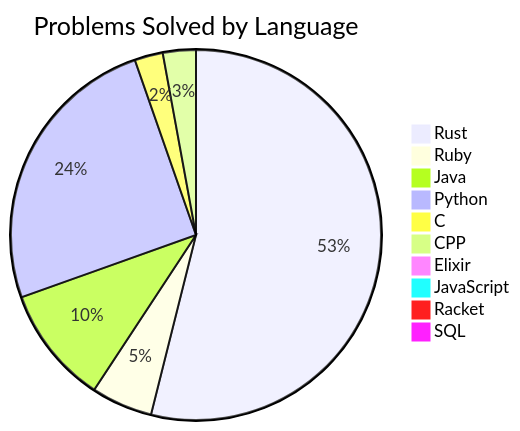
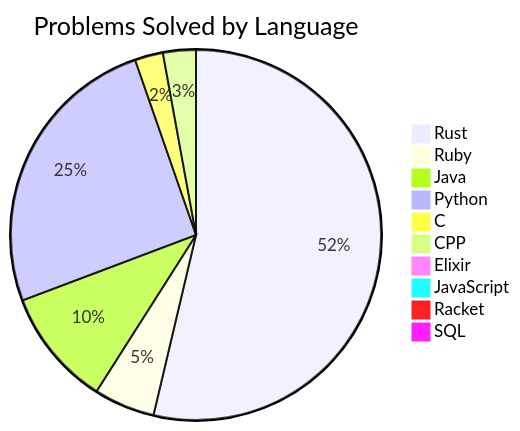
One commit to Liam-Wirth/leetcode-solutions changed the diagram in README.md. Above: the diagram before and after it, drawn with Mermaid. The commit also changed other lines of this file and 3 other files, not shown here.

````diff
--- a/README.md
+++ b/README.md
@@ -29,13 +29,13 @@
 ```mermaid
 pie title Problems Solved by Language
     "Rust": 131
     "Ruby": 13
     "Java": 25
-    "Python": 61
+    "Python": 62
     "C": 6
     "CPP": 7
     "Elixir": 1
     "JavaScript": 2
     "Racket": 1
     "SQL": 2
 ```
````
